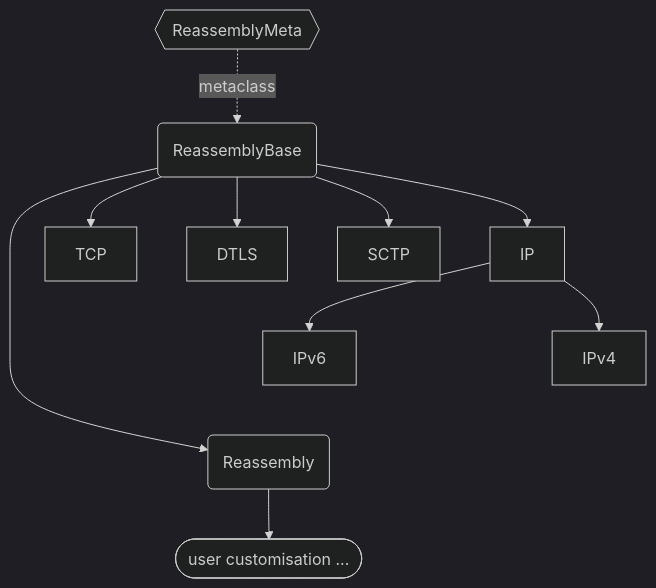
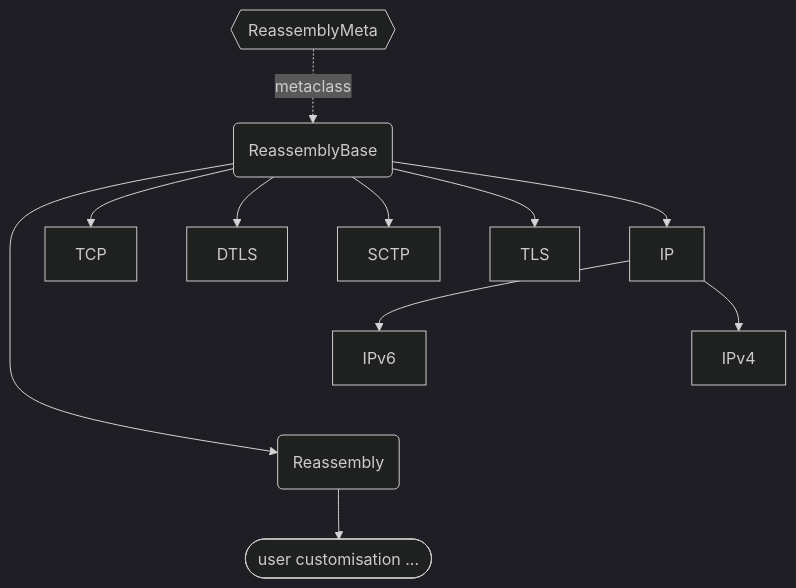
The first of 2 diagrams in docs/source/pcapkit/foundation/reassembly/index.rst (JarryShaw/PyPCAPKit), drawn with Mermaid (dark theme) before and after one commit. The commit also changed other lines of this file and 56 other files, not shown here.

```diff
--- a/docs/source/pcapkit/foundation/reassembly/index.rst
+++ b/docs/source/pcapkit/foundation/reassembly/index.rst
@@ -29,23 +30,24 @@
 .. mermaid::
 
    flowchart TD
        A{{ReassemblyMeta}} -.->|metaclass| B(ReassemblyBase)
 
-       B --> IP & TCP & DTLS & SCTP
+       B --> IP & TCP & DTLS & SCTP & TLS
        IP --> IPv4 & IPv6
 
        B --> C(Reassembly)
        C --> D([user customisation ...])
        IPv4 ~~~ C
 
        click A "reassembly.html#pcapkit.foundation.reassembly.reassembly.ReassemblyMeta"
        click B "reassembly.html#pcapkit.foundation.reassembly.reassembly.ReassemblyBase"
        click C "reassembly.html#pcapkit.foundation.reassembly.reassembly.Reassembly"
        click D "../../../ext.html#reassembly-and-flow-tracing"
 
        click IP "ip/ip.html#pcapkit.foundation.reassembly.ip.reassembly.IP"
        click IPv4 "ip/ipv4.html#pcapkit.foundation.reassembly.ipv4.reassembly.IPv4"
        click IPv6 "ip/ipv6.html#pcapkit.foundation.reassembly.ipv6.reassembly.IPv6"
        click TCP "tcp.html#pcapkit.foundation.reassembly.tcp.reassembly.TCP"
        click DTLS "dtls.html#pcapkit.foundation.reassembly.dtls.reassembly.DTLS"
        click SCTP "sctp.html#pcapkit.foundation.reassembly.sctp.reassembly.SCTP"
+       click TLS "tls.html#pcapkit.foundation.reassembly.tls.reassembly.TLS"
```
